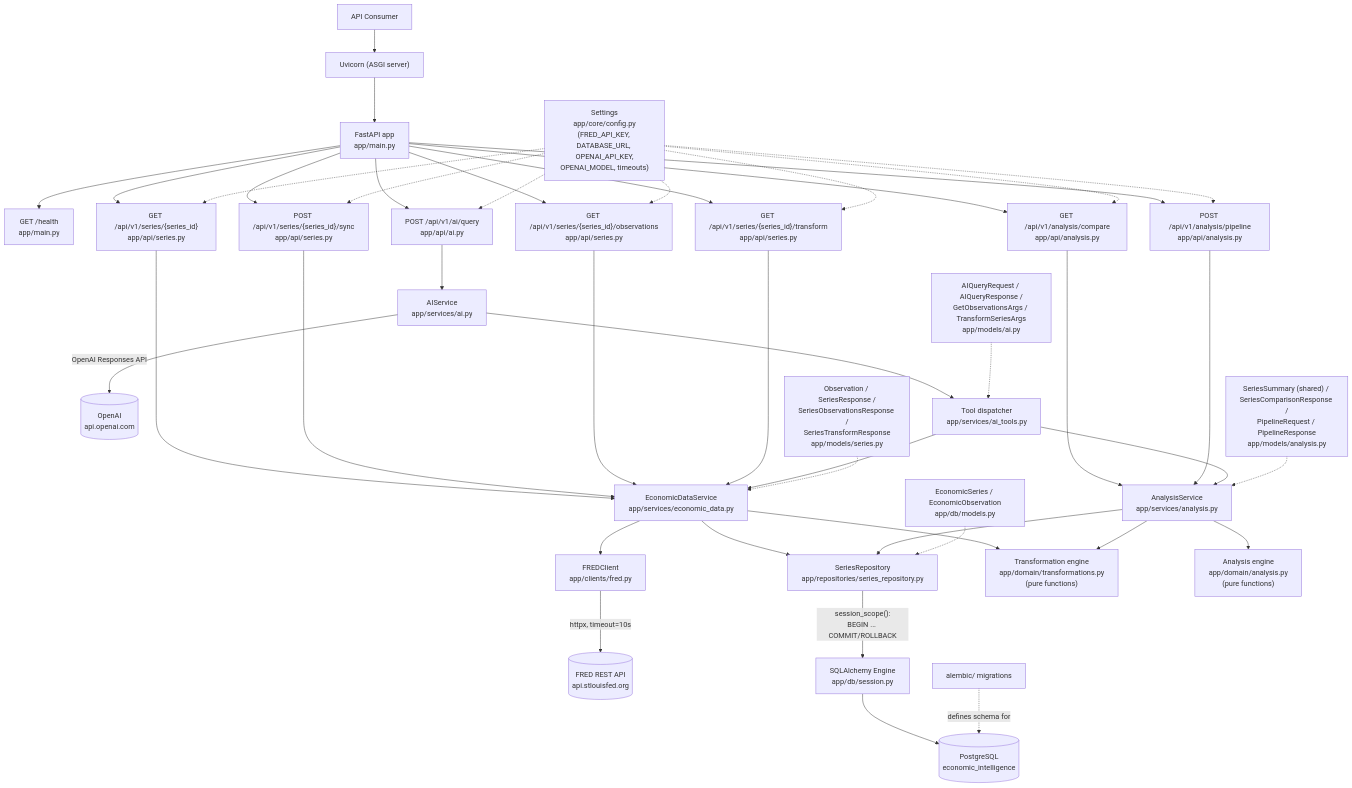
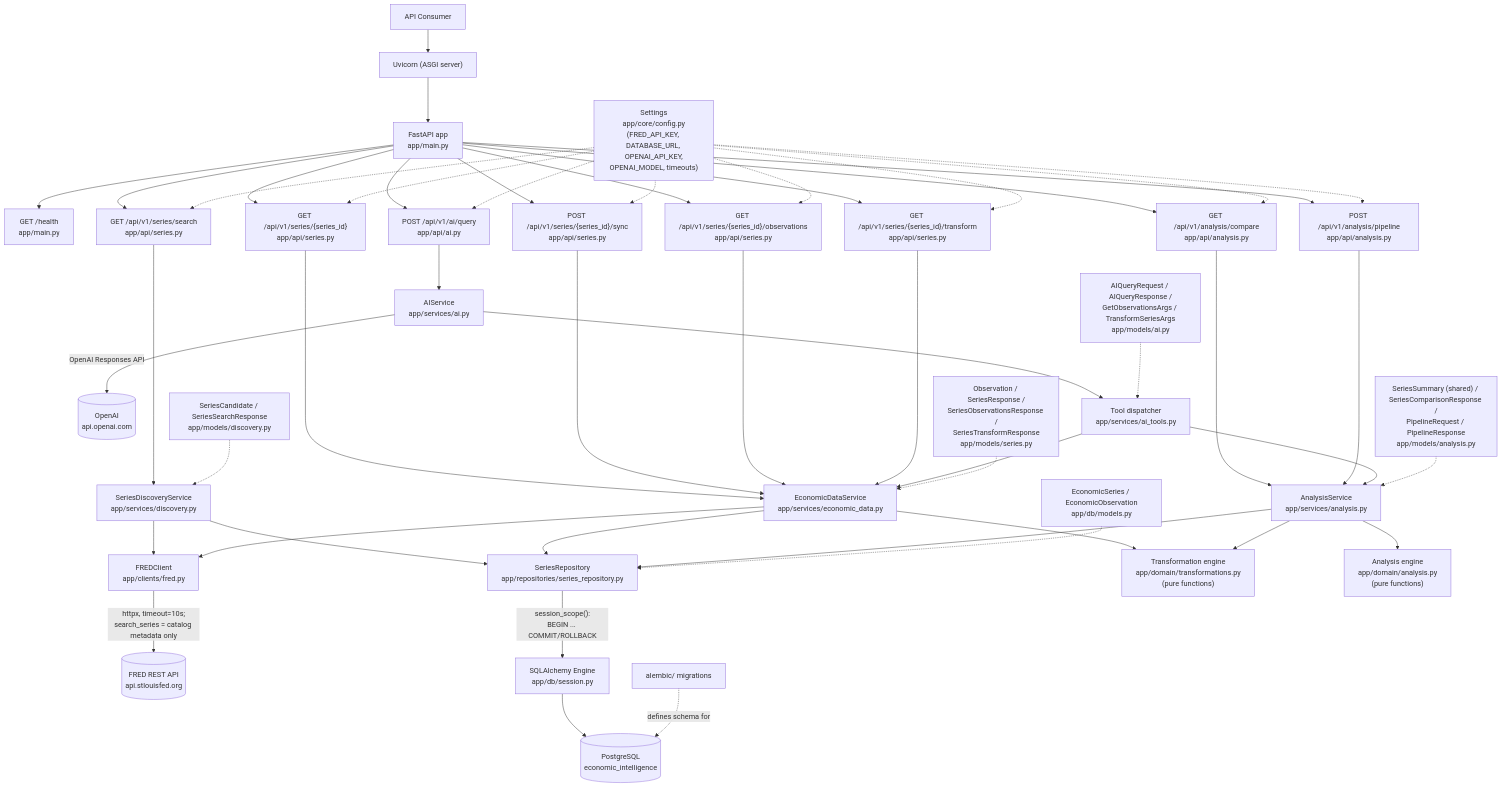
The diagram in docs/architecture/current-architecture.md (JerrodMcHenry/economic-intelligence), drawn with Mermaid before and after one commit. The commit also changed other lines of this file and 6 other files, not shown here.

Commit message:
feat: expose deterministic series discovery API

````diff
--- a/docs/architecture/current-architecture.md
+++ b/docs/architecture/current-architecture.md
@@ -33,51 +37,57 @@
 ```mermaid
 graph TD
     Consumer["API Consumer"] --> Uvicorn["Uvicorn (ASGI server)"]
     Uvicorn --> App["FastAPI app<br/>app/main.py"]
 
     App --> Health["GET /health<br/>app/main.py"]
+    App --> SearchRoute["GET /api/v1/series/search<br/>app/api/series.py"]
     App --> GetRoute["GET /api/v1/series/{series_id}<br/>app/api/series.py"]
     App --> SyncRoute["POST /api/v1/series/{series_id}/sync<br/>app/api/series.py"]
     App --> ObsRoute["GET /api/v1/series/{series_id}/observations<br/>app/api/series.py"]
     App --> TransformRoute["GET /api/v1/series/{series_id}/transform<br/>app/api/series.py"]
     App --> CompareRoute["GET /api/v1/analysis/compare<br/>app/api/analysis.py"]
     App --> PipelineRoute["POST /api/v1/analysis/pipeline<br/>app/api/analysis.py"]
     App --> AIRoute["POST /api/v1/ai/query<br/>app/api/ai.py"]
 
+    SearchRoute --> DiscoverySvc["SeriesDiscoveryService<br/>app/services/discovery.py"]
     GetRoute --> Service["EconomicDataService<br/>app/services/economic_data.py"]
     SyncRoute --> Service
     ObsRoute --> Service
     TransformRoute --> Service
     CompareRoute --> AnalysisSvc["AnalysisService<br/>app/services/analysis.py"]
     PipelineRoute --> AnalysisSvc
     AIRoute --> AISvc["AIService<br/>app/services/ai.py"]
 
-    Service --> Client["FREDClient<br/>app/clients/fred.py"]
-    Service --> Repo["SeriesRepository<br/>app/repositories/series_repository.py"]
+    DiscoverySvc --> Client["FREDClient<br/>app/clients/fred.py"]
+    DiscoverySvc --> Repo["SeriesRepository<br/>app/repositories/series_repository.py"]
+    Service --> Client
+    Service --> Repo
     Service --> Engine["Transformation engine<br/>app/domain/transformations.py<br/>(pure functions)"]
     AnalysisSvc --> Repo
     AnalysisSvc --> Engine
     AnalysisSvc --> AnalysisEngine["Analysis engine<br/>app/domain/analysis.py<br/>(pure functions)"]
 
     AISvc -->|"OpenAI Responses API"| OpenAI[("OpenAI<br/>api.openai.com")]
     AISvc --> ToolDispatch["Tool dispatcher<br/>app/services/ai_tools.py"]
     ToolDispatch --> Service
     ToolDispatch --> AnalysisSvc
 
-    Client -->|"httpx, timeout=10s"| FRED[("FRED REST API<br/>api.stlouisfed.org")]
+    Client -->|"httpx, timeout=10s;<br/>search_series = catalog metadata only"| FRED[("FRED REST API<br/>api.stlouisfed.org")]
     Repo -->|"session_scope():<br/>BEGIN ... COMMIT/ROLLBACK"| Orm["SQLAlchemy Engine<br/>app/db/session.py"]
     Orm --> PG[("PostgreSQL<br/>economic_intelligence")]
 
-    Config["Settings<br/>app/core/config.py<br/>(FRED_API_KEY, DATABASE_URL, OPENAI_API_KEY,<br/>OPENAI_MODEL, timeouts)"] -.-> GetRoute
+    Config["Settings<br/>app/core/config.py<br/>(FRED_API_KEY, DATABASE_URL, OPENAI_API_KEY,<br/>OPENAI_MODEL, timeouts)"] -.-> SearchRoute
+    Config -.-> GetRoute
     Config -.-> SyncRoute
     Config -.-> ObsRoute
     Config -.-> TransformRoute
     Config -.-> CompareRoute
     Config -.-> PipelineRoute
     Config -.-> AIRoute
+    DiscoveryModels["SeriesCandidate / SeriesSearchResponse<br/>app/models/discovery.py"] -.-> DiscoverySvc
     Models["Observation / SeriesResponse /<br/>SeriesObservationsResponse /<br/>SeriesTransformResponse<br/>app/models/series.py"] -.-> Service
     AnalysisModels["SeriesSummary (shared) / SeriesComparisonResponse /<br/>PipelineRequest / PipelineResponse<br/>app/models/analysis.py"] -.-> AnalysisSvc
     AIModels["AIQueryRequest / AIQueryResponse /<br/>GetObservationsArgs / TransformSeriesArgs<br/>app/models/ai.py"] -.-> ToolDispatch
     OrmModels["EconomicSeries / EconomicObservation<br/>app/db/models.py"] -.-> Repo
     Alembic["alembic/ migrations"] -.->|"defines schema for"| PG
 ```
````
